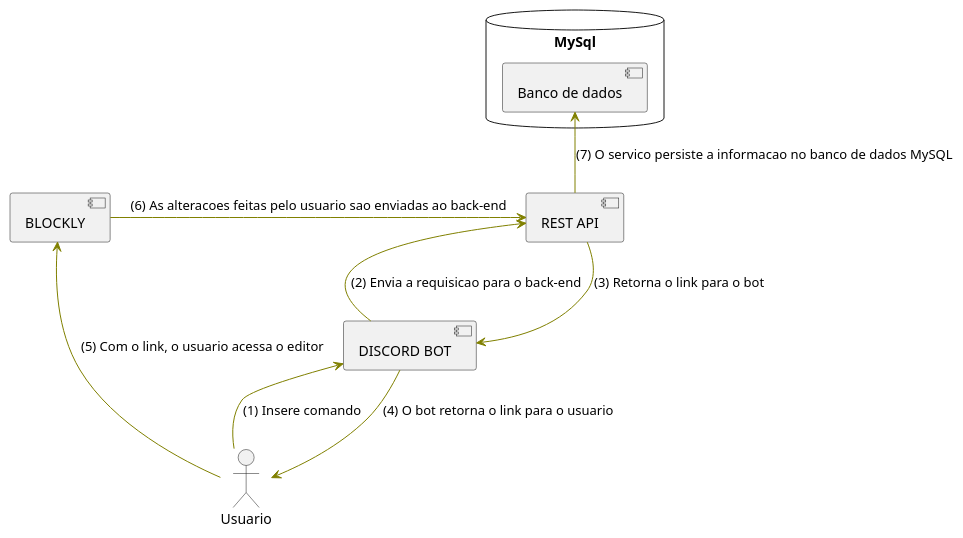
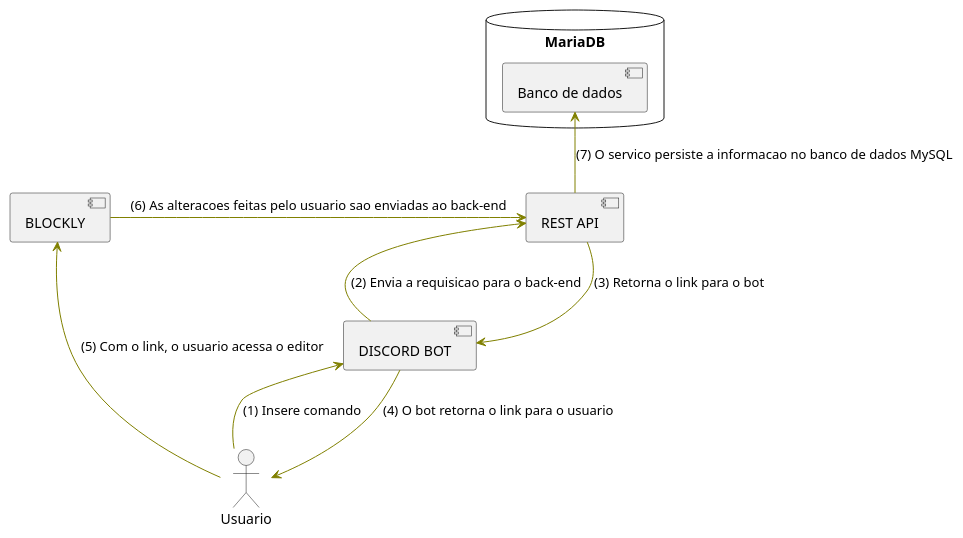
Before and after one commit to orion-services/legado-editor: the diagram in docs/componentDiagram.puml, drawn with PlantUML. The commit also changed 18 other files, not shown here.

```diff
--- a/docs/componentDiagram.puml
+++ b/docs/componentDiagram.puml
@@ -1,29 +1,29 @@
-@startuml
+@startuml componentDiagram
 
 skinparam usecase {
 
     BackgroundColor DarkSeaGreen
     BorderColor DarkSlateGray
 
     BackgroundColor<< MySQL >> YellowGreen
     BorderColor<< MySQL >> YellowGreen
 
     ArrowColor Olive
     ActorBorderColor black
     ActorFontName Courier
 
     ActorBackgroundColor<< Human >> Gold
 }
 Usuario as usr
-database "MySql" {
+database "MariaDB" {
 [Banco de dados] as [MySQL]
 }
 :usr: -left-> [DISCORD BOT] : (1) Insere comando
 [DISCORD BOT] -up-> [REST API] : (2) Envia a requisicao para o back-end
 [REST API] -up-> [DISCORD BOT] : (3) Retorna o link para o bot
 [DISCORD BOT] -up-> [usr] : (4) O bot retorna o link para o usuario
 
 :usr: -left-> [BLOCKLY] : (5) Com o link, o usuario acessa o editor
 [BLOCKLY] -right-> [REST API] : (6) As alteracoes feitas pelo usuario sao enviadas ao back-end
 [REST API] -up-> [MySQL] : (7) O servico persiste a informacao no banco de dados MySQL 
 @enduml
```
